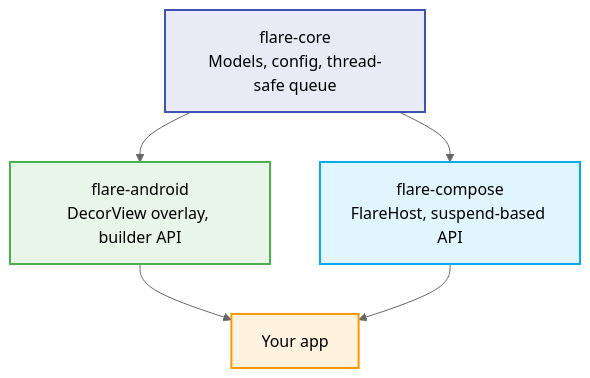
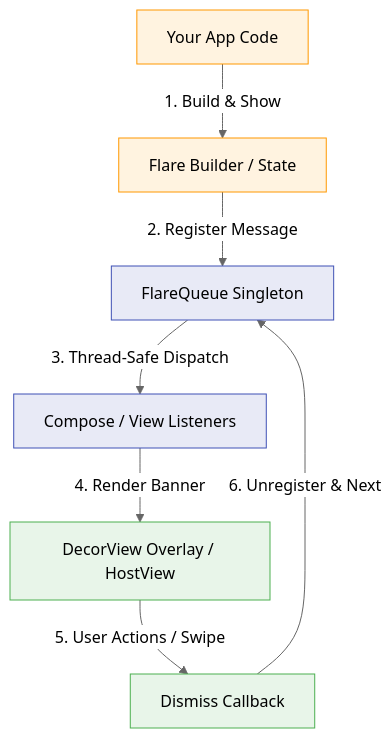
The diagram in README.md (RoxyBasicNeedBot/Flare), drawn with Mermaid (neutral theme) before and after one commit. The commit also changed other lines of this file and 6 other files, not shown here.

Commit message:
Fix core queue bugs, add JUnit tests, and introduce premium docs web service containerized for Render

````diff
--- a/README.md
+++ b/README.md
@@ -53,17 +73,14 @@
 ```mermaid
 graph TD
-    classDef core fill:#E8EAF6,stroke:#3F51B5,stroke-width:2px;
-    classDef android fill:#E8F5E9,stroke:#4CAF50,stroke-width:2px;
-    classDef compose fill:#E1F5FE,stroke:#03A9F4,stroke-width:2px;
-    classDef app fill:#FFF3E0,stroke:#FF9800,stroke-width:2px;
+    classDef core fill:#E8EAF6,stroke:#3F51B5,stroke-width:1px;
+    classDef android fill:#E8F5E9,stroke:#4CAF50,stroke-width:1px;
+    classDef compose fill:#E1F5FE,stroke:#03A9F4,stroke-width:1px;
+    classDef app fill:#FFF3E0,stroke:#FF9800,stroke-width:1px;
 
-    Core[flare-core<br/>Models, config, thread-safe queue]:::core
-    Android[flare-android<br/>DecorView overlay, builder API]:::android
-    Compose[flare-compose<br/>FlareHost, suspend-based API]:::compose
-    App[Your app]:::app
-
-    Core --> Android
-    Core --> Compose
-    Android --> App
-    Compose --> App
+    App[Your App Code]:::app -->|1. Build & Show| Builder[Flare Builder / State]:::app
+    Builder -->|2. Register Message| Queue[FlareQueue Singleton]:::core
+    Queue -->|3. Thread-Safe Dispatch| UI[Compose / View Listeners]:::core
+    UI -->|4. Render Banner| Overlay[DecorView Overlay / HostView]:::android
+    Overlay -->|5. User Actions / Swipe| Dismiss[Dismiss Callback]:::android
+    Dismiss -->|6. Unregister & Next| Queue
 ```
````
